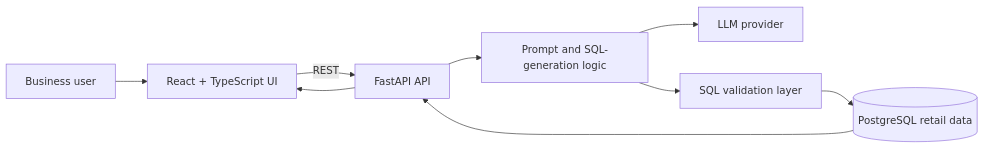
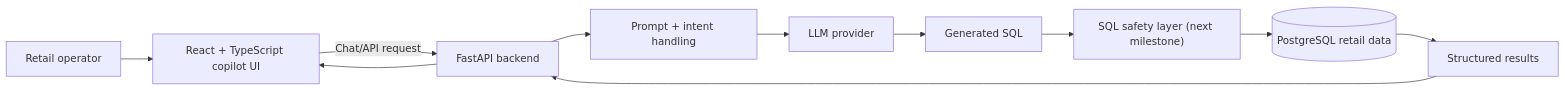
One commit to riteshdhobale/Proxima360_AgenticAi_Chatbot changed the diagram in README.md. Above: the diagram before and after it, drawn with Mermaid. The commit also changed other lines of this file, not shown here.

````diff
--- a/README.md
+++ b/README.md
@@ -16,11 +24,13 @@
 ```mermaid
 flowchart LR
-  U[Business user] --> F[React + TypeScript UI]
-  F -->|REST| A[FastAPI API]
-  A --> P[Prompt and SQL-generation logic]
-  P --> L[LLM provider]
-  P --> G[SQL validation layer]
-  G --> D[(PostgreSQL retail data)]
-  D --> A
-  A --> F
+  user["Retail operator"] --> ui["React + TypeScript copilot UI"]
+  ui -->|"Chat/API request"| api["FastAPI backend"]
+  api --> prompt["Prompt + intent handling"]
+  prompt --> llm["LLM provider"]
+  llm --> sql["Generated SQL"]
+  sql --> guardrails["SQL safety layer (next milestone)"]
+  guardrails --> db[("PostgreSQL retail data")]
+  db --> answer["Structured results"]
+  answer --> api
+  api --> ui
 ```
````
